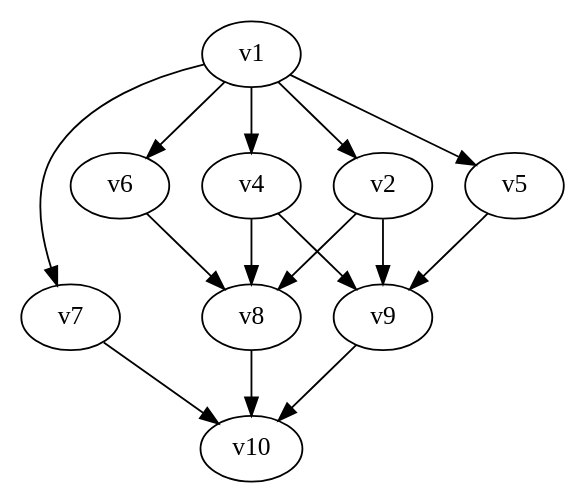
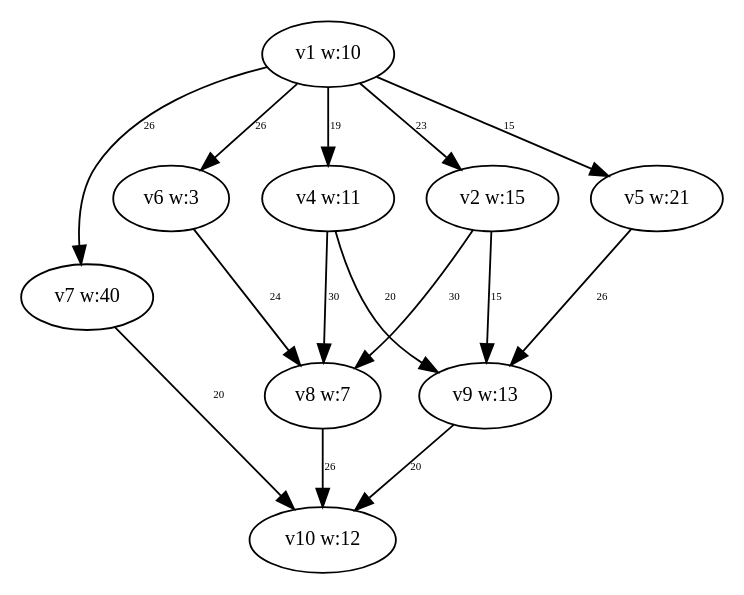
Before and after one commit to dexters1/Task-Scheduling-Based-on-Genetic-Algorithms: the diagram in PythonApplication1/PythonApplication1/test-output/slika_7_Simplified.gv, drawn with Graphviz. The commit also changed 45 other files, not shown here.

```diff
--- a/PythonApplication1/PythonApplication1/test-output/slika_7_Simplified.gv
+++ b/PythonApplication1/PythonApplication1/test-output/slika_7_Simplified.gv
@@ -1,26 +1,25 @@
-// slika_7_Simplified.gv
 digraph {
-	v1 [label=v1]
-	v2 [label=v2]
-	v4 [label=v4]
-	v5 [label=v5]
-	v6 [label=v6]
-	v7 [label=v7]
-	v8 [label=v8]
-	v9 [label=v9]
-	v10 [label=v10]
-	v1 -> v2 [constraint=true]
-	v1 -> v4 [constraint=true]
-	v1 -> v5 [constraint=true]
-	v1 -> v6 [constraint=true]
-	v2 -> v8 [constraint=true]
-	v2 -> v9 [constraint=true]
-	v4 -> v8 [constraint=true]
-	v4 -> v9 [constraint=true]
-	v5 -> v9 [constraint=true]
-	v6 -> v8 [constraint=true]
-	v7 -> v10 [constraint=true]
-	v8 -> v10 [constraint=true]
-	v9 -> v10 [constraint=true]
-	v1 -> v7 [constraint=true]
+	v1 [label="v1 w:10" fontsize=11.0]
+	v2 [label="v2 w:15" fontsize=11.0]
+	v4 [label="v4 w:11" fontsize=11.0]
+	v5 [label="v5 w:21" fontsize=11.0]
+	v6 [label="v6 w:3" fontsize=11.0]
+	v7 [label="v7 w:40" fontsize=11.0]
+	v8 [label="v8 w:7" fontsize=11.0]
+	v9 [label="v9 w:13" fontsize=11.0]
+	v10 [label="v10 w:12" fontsize=11.0]
+	v1 -> v2 [label=23 constraint=true fontsize=6.0]
+	v1 -> v4 [label=19 constraint=true fontsize=6.0]
+	v1 -> v5 [label=15 constraint=true fontsize=6.0]
+	v1 -> v6 [label=26 constraint=true fontsize=6.0]
+	v2 -> v8 [label=30 constraint=true fontsize=6.0]
+	v2 -> v9 [label=15 constraint=true fontsize=6.0]
+	v4 -> v8 [label=30 constraint=true fontsize=6.0]
+	v4 -> v9 [label=20 constraint=true fontsize=6.0]
+	v5 -> v9 [label=26 constraint=true fontsize=6.0]
+	v6 -> v8 [label=24 constraint=true fontsize=6.0]
+	v7 -> v10 [label=20 constraint=true fontsize=6.0]
+	v8 -> v10 [label=26 constraint=true fontsize=6.0]
+	v9 -> v10 [label=20 constraint=true fontsize=6.0]
+	v1 -> v7 [label=26 constraint=true fontsize=6.0]
 }
```
